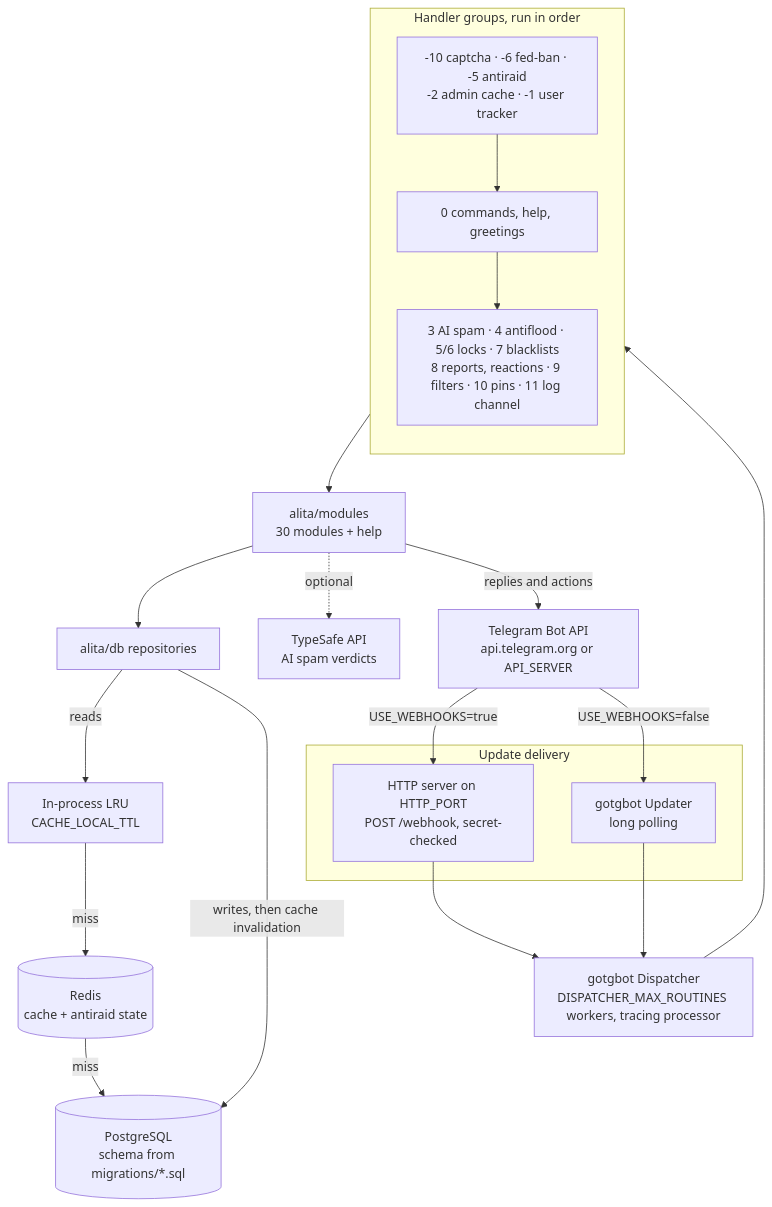
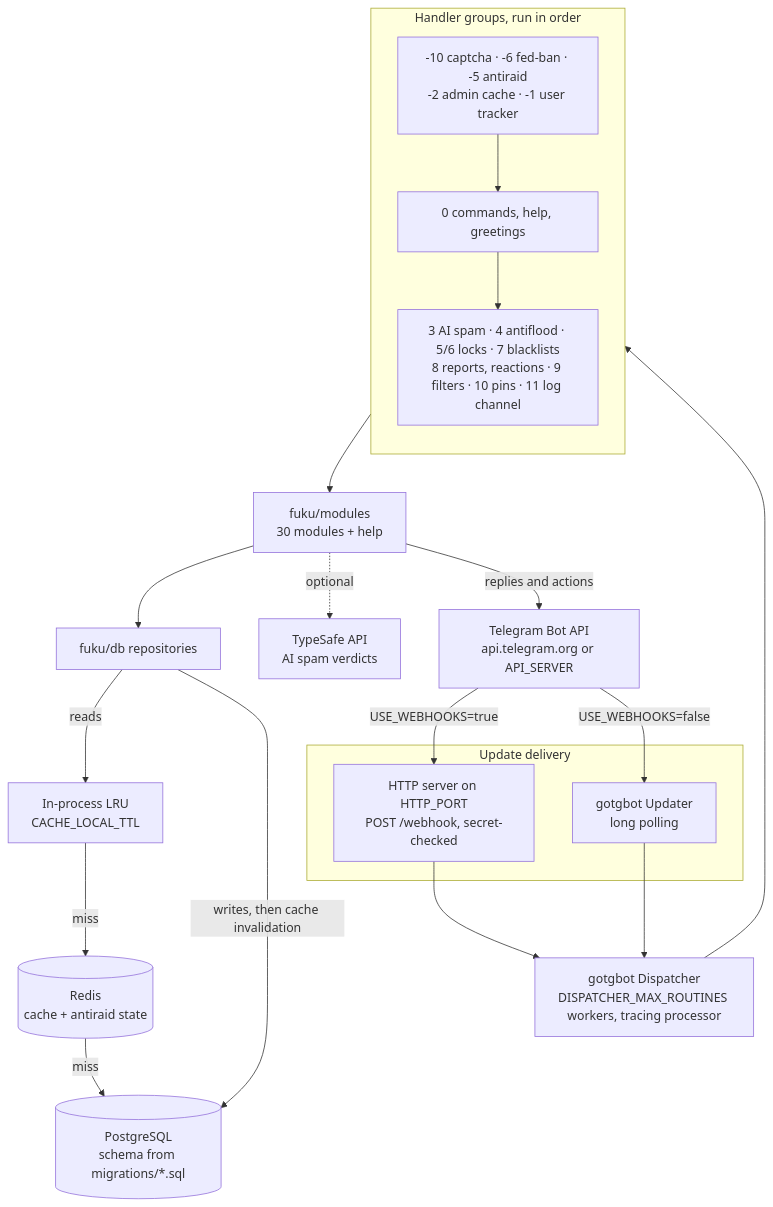
Before and after one commit to uasneppy/Fuku_Robot: the diagram in README.md, drawn with Mermaid. The commit also changed other lines of this file and 1421 other files, not shown here.

First line of the commit message:
refactor: rename Alita to Fuku everywhere

````diff
--- a/README.md
+++ b/README.md
@@ -543,34 +543,34 @@
 ```mermaid
 flowchart TD
     TG["Telegram Bot API<br/>api.telegram.org or API_SERVER"]
 
     subgraph Delivery["Update delivery"]
         WH["HTTP server on HTTP_PORT<br/>POST /webhook, secret-checked"]
         LP["gotgbot Updater<br/>long polling"]
     end
 
     TG -->|"USE_WEBHOOKS=true"| WH
     TG -->|"USE_WEBHOOKS=false"| LP
     WH --> D
     LP --> D
 
     D["gotgbot Dispatcher<br/>DISPATCHER_MAX_ROUTINES workers, tracing processor"]
 
     subgraph Groups["Handler groups, run in order"]
         direction TB
         G1["-10 captcha · -6 fed-ban · -5 antiraid<br/>-2 admin cache · -1 user tracker"]
         G2["0 commands, help, greetings"]
         G3["3 AI spam · 4 antiflood · 5/6 locks · 7 blacklists<br/>8 reports, reactions · 9 filters · 10 pins · 11 log channel"]
         G1 --> G2 --> G3
     end
 
     D --> Groups
-    Groups --> M["alita/modules<br/>30 modules + help"]
-    M --> R["alita/db repositories"]
+    Groups --> M["fuku/modules<br/>30 modules + help"]
+    M --> R["fuku/db repositories"]
     R -->|"reads"| L["In-process LRU<br/>CACHE_LOCAL_TTL"]
     L -->|"miss"| RD[("Redis<br/>cache + antiraid state")]
     RD -->|"miss"| PG[("PostgreSQL<br/>schema from migrations/*.sql")]
     R -->|"writes, then cache invalidation"| PG
     M -.->|"optional"| TS["TypeSafe API<br/>AI spam verdicts"]
     M -->|"replies and actions"| TG
 ```
````
